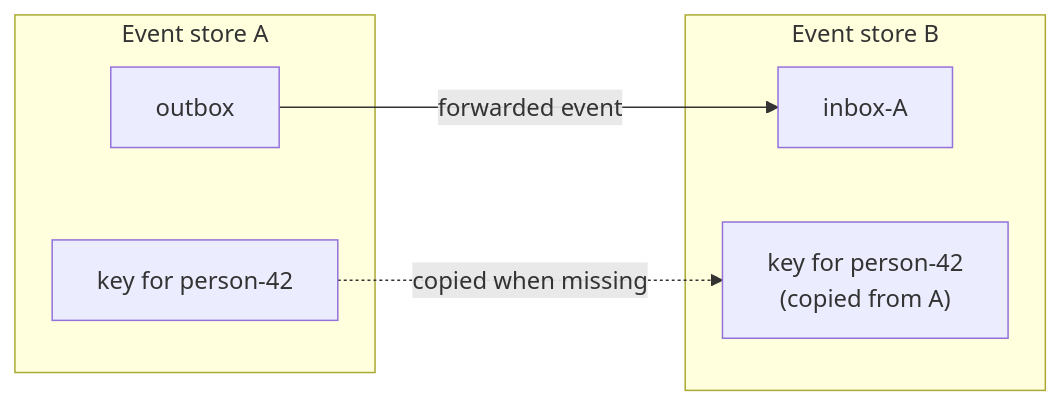
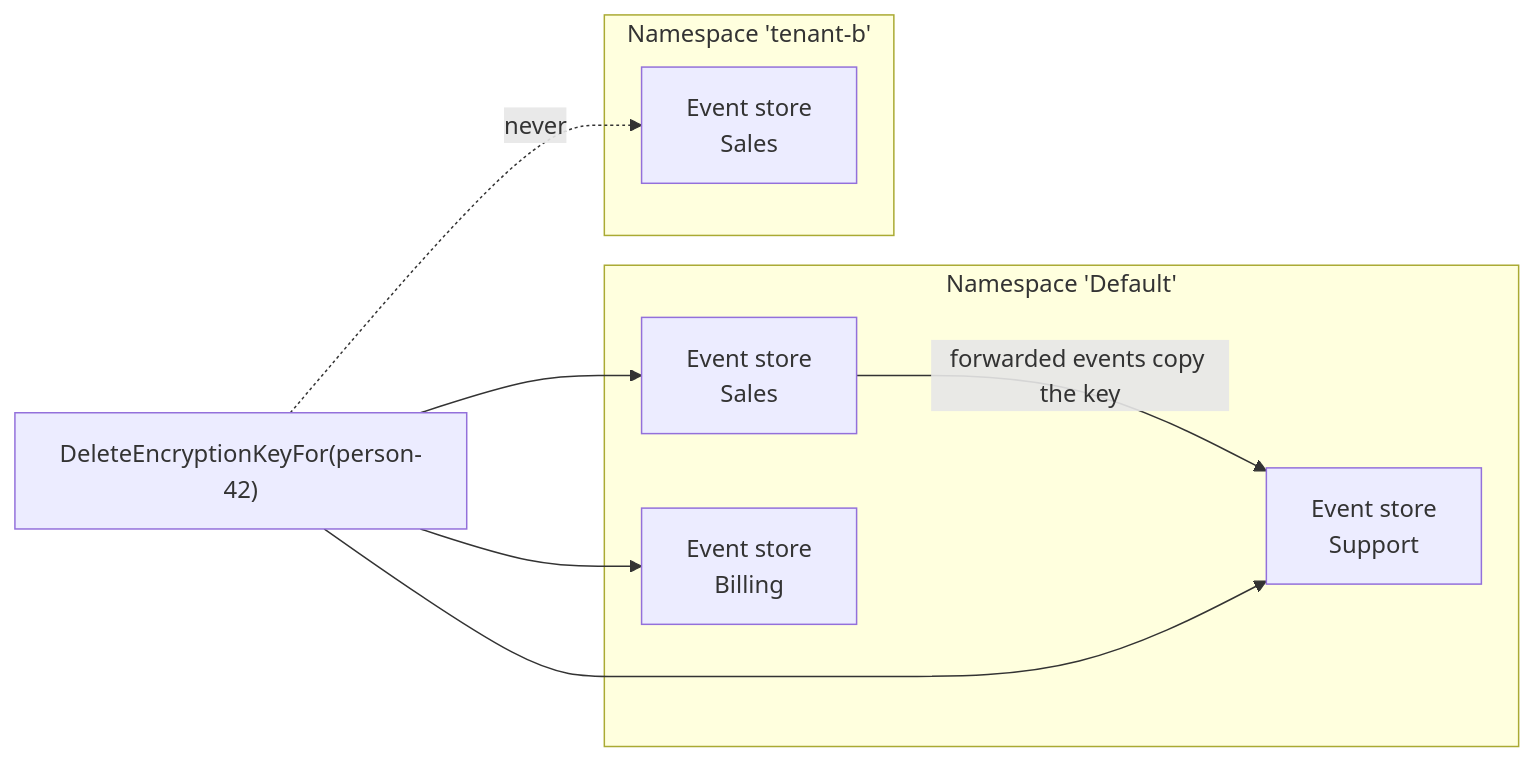
The diagram in Documentation/compliance/erasing-a-subject.md (Cratis/Chronicle), drawn with Mermaid before and after one commit. The commit also changed other lines of this file and 6 other files, not shown here.

First line of the commit message:
Document the encryption key lifecycle and its limits

````diff
--- a/Documentation/compliance/erasing-a-subject.md
+++ b/Documentation/compliance/erasing-a-subject.md
@@ -37,13 +28,16 @@
 ```mermaid
 flowchart LR
-    subgraph A["Event store A"]
-        AO["outbox"]
-        AK["key for person-42"]
+    subgraph N["Namespace 'Default'"]
+        A["Event store<br/>Sales"]
+        B["Event store<br/>Support"]
+        C["Event store<br/>Billing"]
     end
-    subgraph B["Event store B"]
-        BI["inbox-A"]
-        BK["key for person-42<br/>(copied from A)"]
+    subgraph O["Namespace 'tenant-b'"]
+        D["Event store<br/>Sales"]
     end
-    AO -->|forwarded event| BI
-    AK -.->|copied when missing| BK
+    A -->|forwarded events copy the key| B
+    E["DeleteEncryptionKeyFor(person-42)"] --> A
+    E --> B
+    E --> C
+    E -.->|never| D
 ```
````
